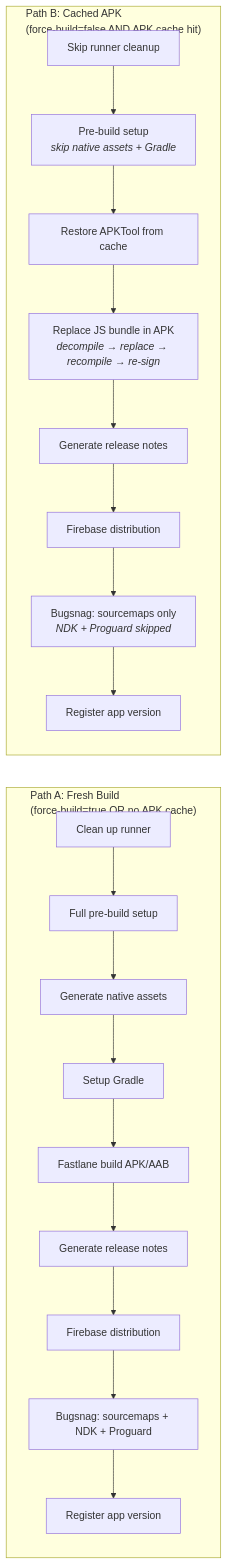
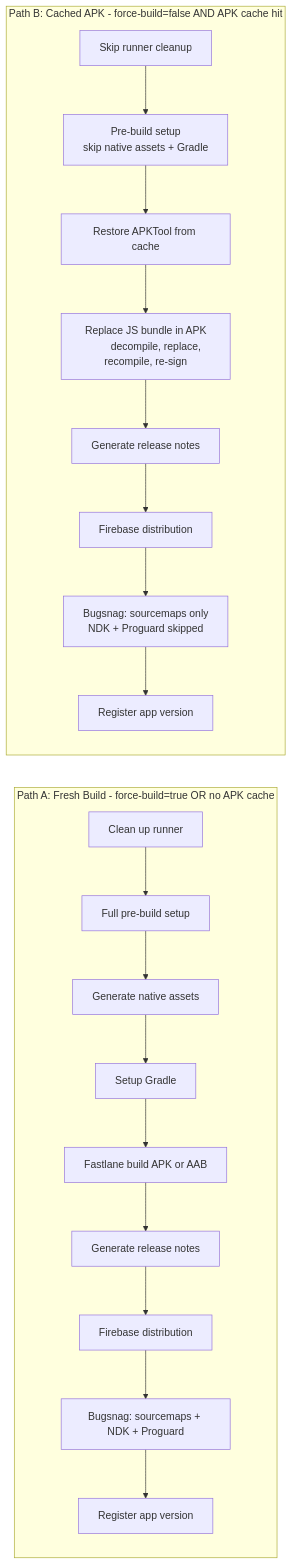
One commit to AtB-AS/mittatb-app changed the fifth of 6 diagrams in docs/android-build-staging-graph.md. Above: the diagram before and after it, drawn with Mermaid. The commit also changed other lines of this file, not shown here.

````diff
--- a/docs/android-build-staging-graph.md
+++ b/docs/android-build-staging-graph.md
@@ -210,25 +278,28 @@
 ```mermaid
 flowchart LR
-    subgraph fresh ["Path A: Fresh Build<br/>(force-build=true OR no APK cache)"]
+    subgraph fresh ["Path A: Fresh Build - force-build=true OR no APK cache"]
         direction TB
-        f1[Clean up runner] --> f2[Full pre-build setup]
-        f2 --> f3[Generate native assets]
-        f3 --> f4[Setup Gradle]
-        f4 --> f5[Fastlane build APK/AAB]
-        f5 --> f6[Generate release notes]
-        f6 --> f7[Firebase distribution]
-        f7 --> f8[Bugsnag: sourcemaps + NDK + Proguard]
-        f8 --> f9[Register app version]
+        f1["Clean up runner"] --> f2["Full pre-build setup"]
+        f2 --> f3["Generate native assets"]
+        f3 --> f4["Setup Gradle"]
+        f4 --> f5["Fastlane build APK or AAB"]
+        f5 --> f6["Generate release notes"]
+        f6 --> f7["Firebase distribution"]
+        f7 --> f8["Bugsnag: sourcemaps + NDK + Proguard"]
+        f8 --> f9["Register app version"]
     end
 
-    subgraph cached ["Path B: Cached APK<br/>(force-build=false AND APK cache hit)"]
+    subgraph cached ["Path B: Cached APK - force-build=false AND APK cache hit"]
         direction TB
-        c1[Skip runner cleanup] --> c2[Pre-build setup<br/><i>skip native assets + Gradle</i>]
-        c2 --> c3[Restore APKTool from cache]
-        c3 --> c4[Replace JS bundle in APK<br/><i>decompile → replace → recompile → re-sign</i>]
-        c4 --> c5[Generate release notes]
-        c5 --> c6[Firebase distribution]
-        c6 --> c7[Bugsnag: sourcemaps only<br/><i>NDK + Proguard skipped</i>]
-        c7 --> c8[Register app version]
+        c1["Skip runner cleanup"] --> c2["Pre-build setup
+        skip native assets + Gradle"]
+        c2 --> c3["Restore APKTool from cache"]
+        c3 --> c4["Replace JS bundle in APK
+        decompile, replace, recompile, re-sign"]
+        c4 --> c5["Generate release notes"]
+        c5 --> c6["Firebase distribution"]
+        c6 --> c7["Bugsnag: sourcemaps only
+        NDK + Proguard skipped"]
+        c7 --> c8["Register app version"]
     end
 ```
````
